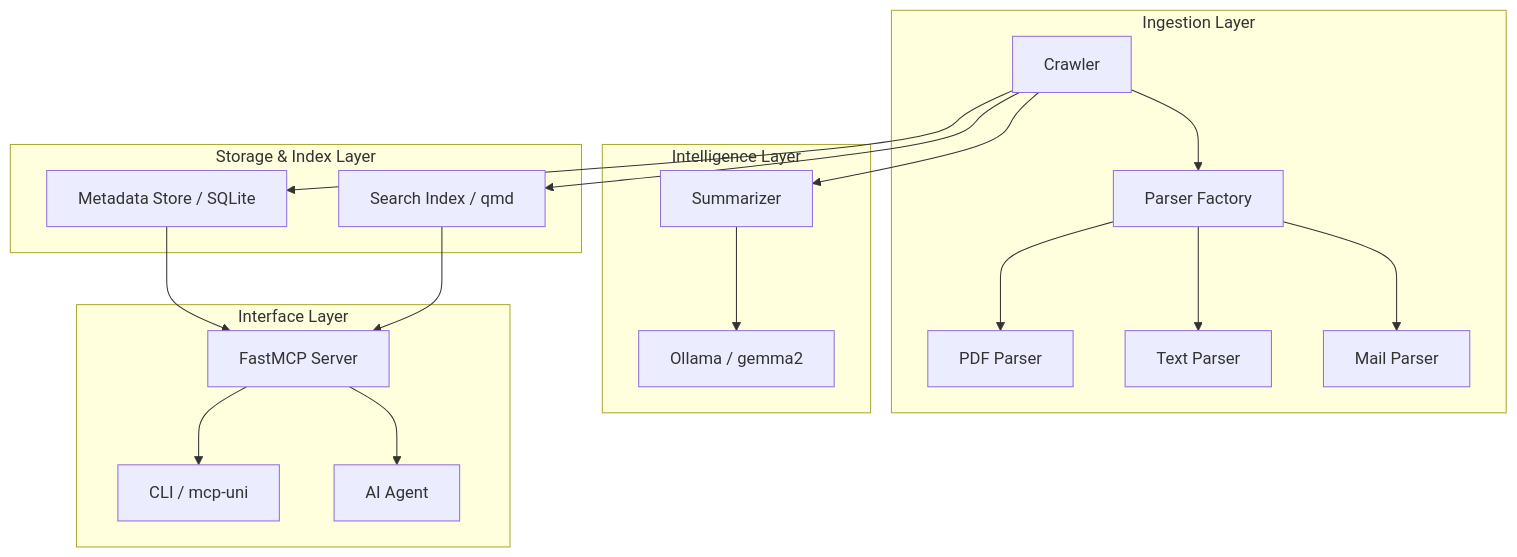
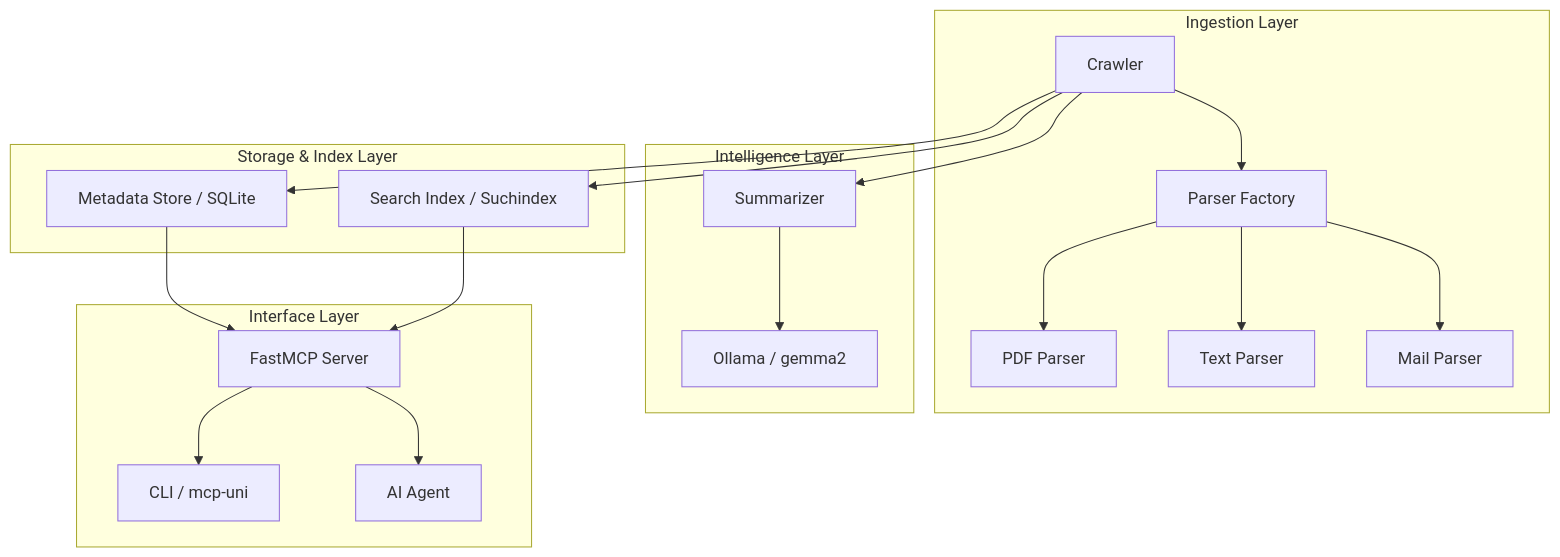
One commit to dgaida/academic-memory-mcp changed the first of 2 diagrams in docs/de/architecture/index.md. Above: the diagram before and after it, drawn with Mermaid. The commit also changed other lines of this file and 15 other files, not shown here.

First line of the commit message:
fix: remove external qmd dependency and implement native hybrid search

````diff
--- a/docs/de/architecture/index.md
+++ b/docs/de/architecture/index.md
@@ -9,26 +9,26 @@
 ```mermaid
 graph TD
     subgraph "Ingestion Layer"
         C[Crawler] --> P[Parser Factory]
         P --> P1[PDF Parser]
         P --> P2[Text Parser]
         P --> P3[Mail Parser]
     end
 
     subgraph "Intelligence Layer"
         C --> S[Summarizer]
         S --> LLM[Ollama / gemma2]
     end
 
     subgraph "Storage & Index Layer"
-        C --> IDX[Search Index / qmd]
+        C --> IDX[Search Index / Suchindex]
         C --> DB[Metadata Store / SQLite]
     end
 
     subgraph "Interface Layer"
         DB --> MCP[FastMCP Server]
         IDX --> MCP
         MCP --> CLI[CLI / mcp-uni]
         MCP --> AGENT[AI Agent]
     end
 ```
````
